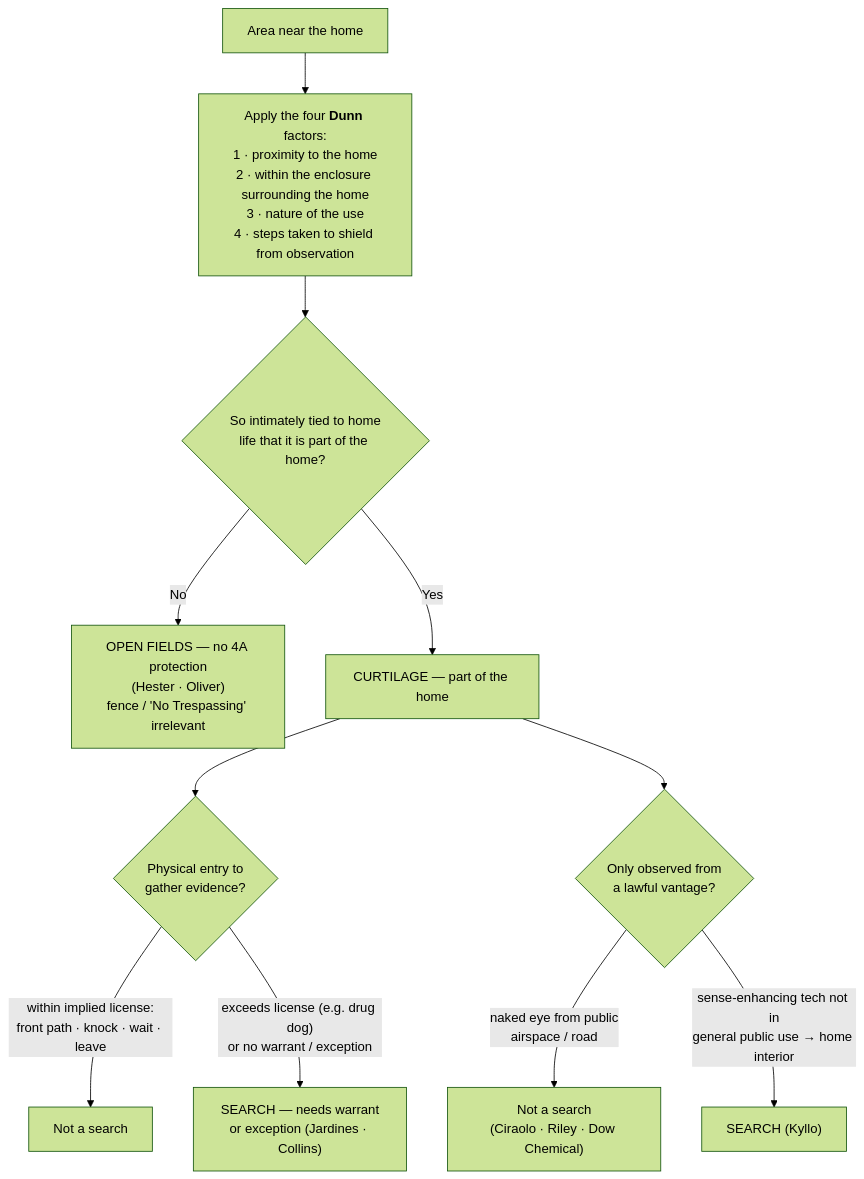
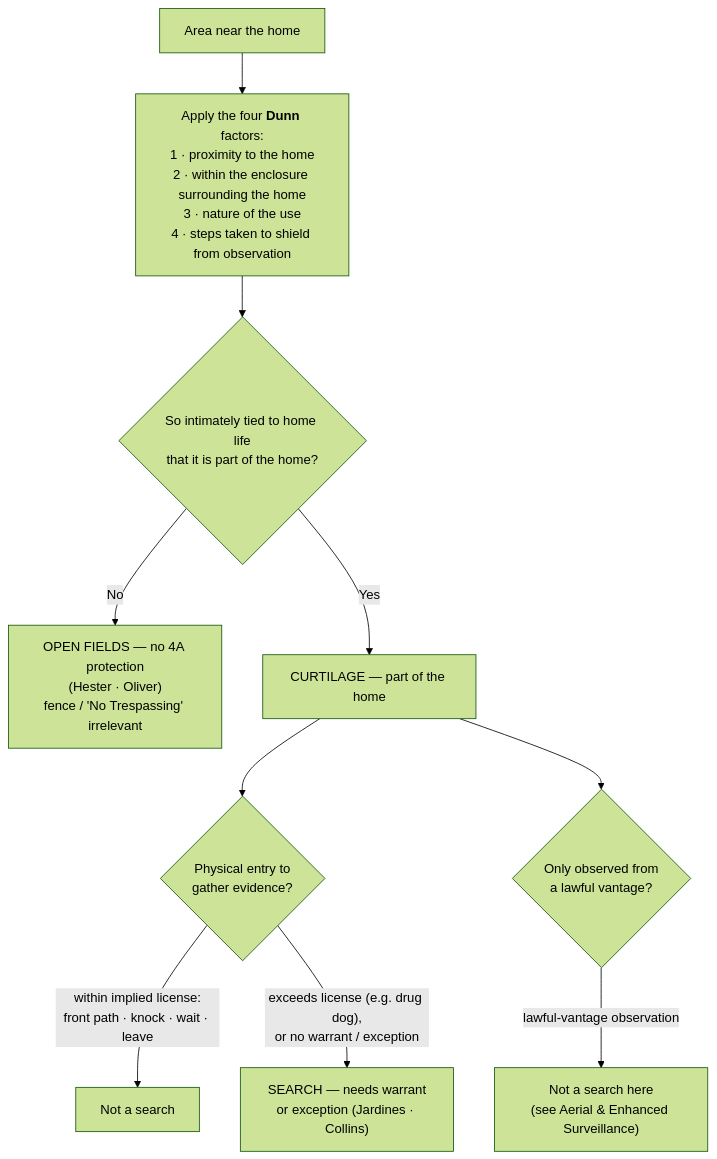
The diagram in content/searches/Curtilage.md (Enragedsaturday/enragedsaturday.github.io), drawn with Mermaid (forest theme) before and after one commit. The commit also changed other lines of this file and 12 other files, not shown here.

````diff
--- a/content/searches/Curtilage.md
+++ b/content/searches/Curtilage.md
@@ -98,13 +109,12 @@
 ```mermaid
 flowchart TD
   A["Area near the home"] --> D["Apply the four <b>Dunn</b> factors:<br/>1 · proximity to the home<br/>2 · within the enclosure surrounding the home<br/>3 · nature of the use<br/>4 · steps taken to shield from observation"]
-  D --> Q{"So intimately tied to home<br/>life that it is part of the home?"}
+  D --> Q{"So intimately tied to home life<br/>that it is part of the home?"}
   Q -->|No| OF["OPEN FIELDS — no 4A protection<br/>(Hester · Oliver)<br/>fence / 'No Trespassing' irrelevant"]
   Q -->|Yes| CU["CURTILAGE — part of the home"]
   CU --> E{"Physical entry to<br/>gather evidence?"}
   CU --> O{"Only observed from<br/>a lawful vantage?"}
   E -->|"within implied license:<br/>front path · knock · wait · leave"| NS["Not a search"]
-  E -->|"exceeds license (e.g. drug dog)<br/>or no warrant / exception"| S["SEARCH — needs warrant<br/>or exception (Jardines · Collins)"]
-  O -->|"naked eye from public<br/>airspace / road"| N2["Not a search<br/>(Ciraolo · Riley · Dow Chemical)"]
-  O -->|"sense-enhancing tech not in<br/>general public use → home interior"| S2["SEARCH (Kyllo)"]
+  E -->|"exceeds license (e.g. drug dog),<br/>or no warrant / exception"| S["SEARCH — needs warrant<br/>or exception (Jardines · Collins)"]
+  O -->|"lawful-vantage observation"| N2["Not a search here<br/>(see Aerial &amp; Enhanced Surveillance)"]
 ```
````
